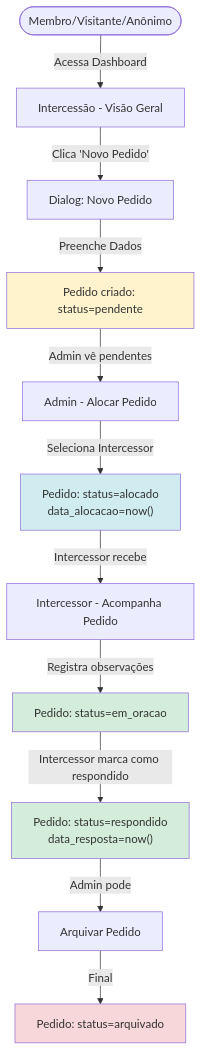
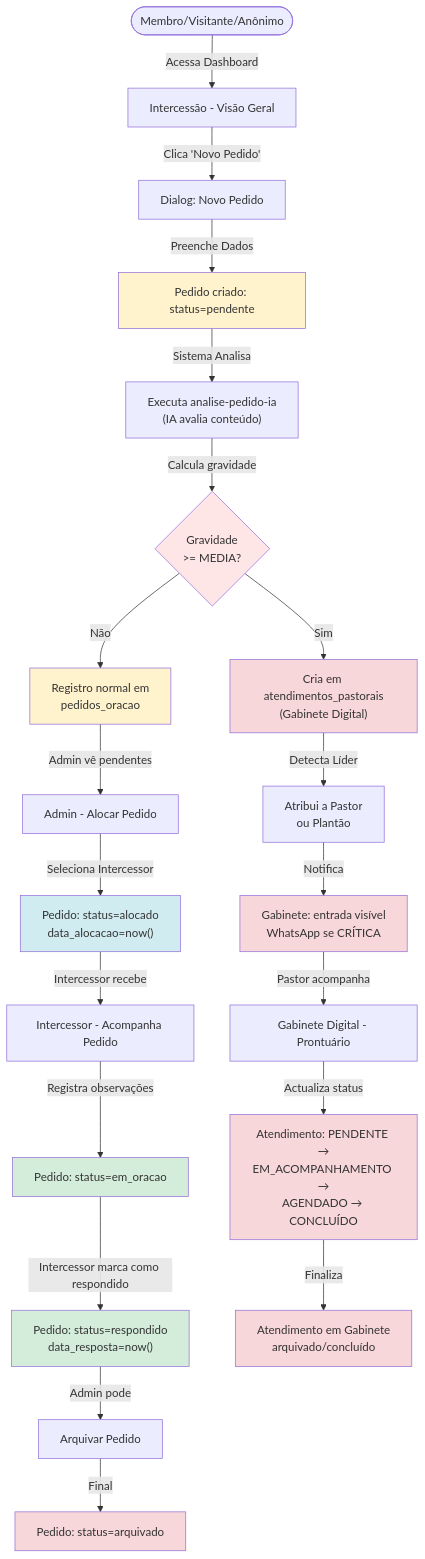
Before and after one commit to adrianoapc/igreja-carvalho: the first of 5 diagrams in docs/diagramas/fluxo-intercessao.md, drawn with Mermaid. The commit also changed other lines of this file and 11 other files, not shown here.

````diff
--- a/docs/diagramas/fluxo-intercessao.md
+++ b/docs/diagramas/fluxo-intercessao.md
@@ -7,23 +7,43 @@
 ```mermaid
 flowchart TD
     Start([Membro/Visitante/Anônimo]) -->|Acessa Dashboard| A[Intercessão - Visão Geral]
     A -->|Clica 'Novo Pedido'| B[Dialog: Novo Pedido]
     B -->|Preenche Dados| C["Pedido criado: status=pendente"]
     
-    C -->|Admin vê pendentes| D[Admin - Alocar Pedido]
-    D -->|Seleciona Intercessor| E["Pedido: status=alocado<br/>data_alocacao=now()"]
+    C -->|Sistema Analisa| D["Executa analise-pedido-ia<br/>(IA avalia conteúdo)"]
+    D -->|Calcula gravidade| E{Gravidade<br/>>= MEDIA?}
     
-    E -->|Intercessor recebe| F[Intercessor - Acompanha Pedido]
-    F -->|Registra observações| G["Pedido: status=em_oracao"]
+    E -->|Sim| F["Cria em atendimentos_pastorais<br/>(Gabinete Digital)"]
+    F -->|Detecta Líder| G["Atribui a Pastor<br/>ou Plantão"]
+    G -->|Notifica| H["Gabinete: entrada visível<br/>WhatsApp se CRÍTICA"]
     
-    G -->|Intercessor marca como respondido| H["Pedido: status=respondido<br/>data_resposta=now()"]
+    E -->|Não| I["Registro normal em<br/>pedidos_oracao"]
     
-    H -->|Admin pode| I[Arquivar Pedido]
-    I -->|Final| J["Pedido: status=arquivado"]
+    I -->|Admin vê pendentes| J[Admin - Alocar Pedido]
+    J -->|Seleciona Intercessor| K["Pedido: status=alocado<br/>data_alocacao=now()"]
+    
+    K -->|Intercessor recebe| L[Intercessor - Acompanha Pedido]
+    L -->|Registra observações| M["Pedido: status=em_oracao"]
+    
+    M -->|Intercessor marca como respondido| N["Pedido: status=respondido<br/>data_resposta=now()"]
+    
+    H -->|Pastor acompanha| O[Gabinete Digital - Prontuário]
+    O -->|Actualiza status| P["Atendimento: PENDENTE →<br/>EM_ACOMPANHAMENTO →<br/>AGENDADO → CONCLUÍDO"]
+    
+    N -->|Admin pode| Q[Arquivar Pedido]
+    Q -->|Final| R["Pedido: status=arquivado"]
+    
+    P -->|Finaliza| S["Atendimento em Gabinete<br/>arquivado/concluído"]
     
     style C fill:#fff3cd
-    style E fill:#d1ecf1
-    style G fill:#d4edda
-    style H fill:#d4edda
-    style J fill:#f8d7da
+    style E fill:#ffe6e6
+    style F fill:#f8d7da
+    style H fill:#f8d7da
+    style I fill:#fff3cd
+    style K fill:#d1ecf1
+    style M fill:#d4edda
+    style N fill:#d4edda
+    style P fill:#f8d7da
+    style R fill:#f8d7da
+    style S fill:#f8d7da
 ```
````
